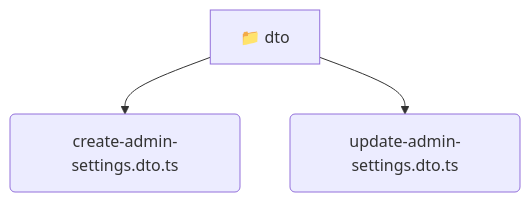
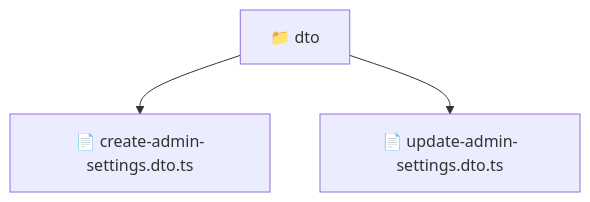
One commit to beginwebdev2002/fullstack-mavluda changed the diagram in backend/src/modules/admin-settings/presentation/dto/README.md. Above: the diagram before and after it, drawn with Mermaid. The commit also changed other lines of this file and 163 other files, not shown here.

````diff
--- a/backend/src/modules/admin-settings/presentation/dto/README.md
+++ b/backend/src/modules/admin-settings/presentation/dto/README.md
@@ -9,6 +10,6 @@
 ```mermaid
 graph TD
-  dto[📁 dto]
-  dto --> dto_create_admin_settings_dto_ts(create-admin-settings.dto.ts)
-  dto --> dto_update_admin_settings_dto_ts(update-admin-settings.dto.ts)
+  Root["📁 dto"]
+  Root --> createadminsettingsdtots["📄 create-admin-settings.dto.ts"]
+  Root --> updateadminsettingsdtots["📄 update-admin-settings.dto.ts"]
 ```
````
